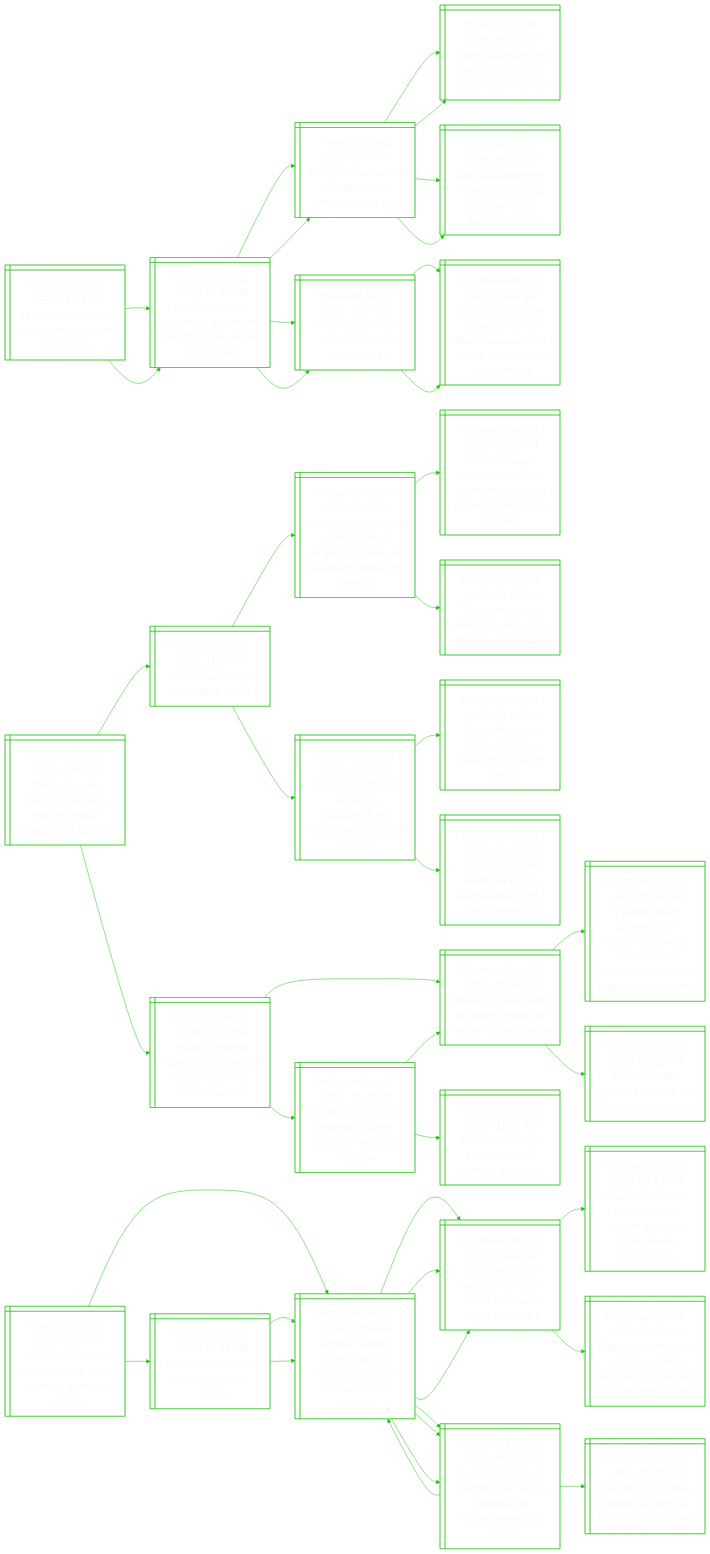
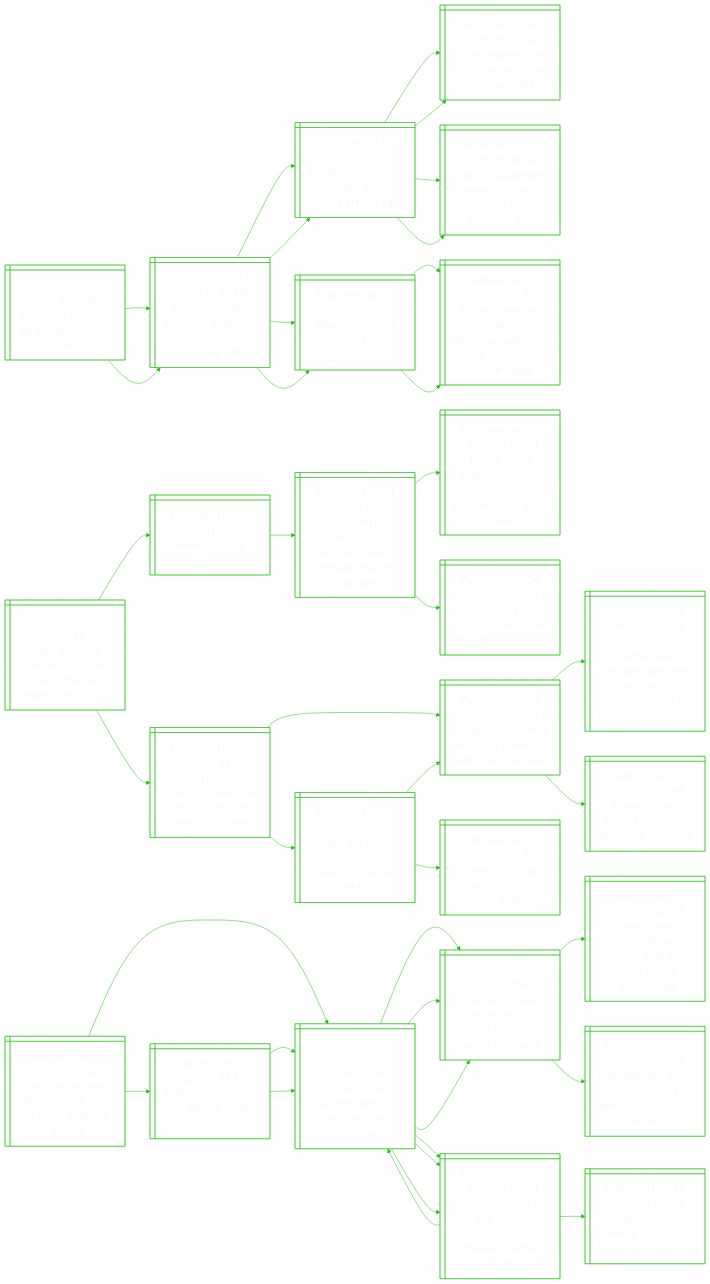
Before and after one commit to notJmes/notJmes: the diagram in README.md, drawn with Mermaid. The commit also changed other lines of this file, not shown here.

```diff
--- a/README.md
+++ b/README.md
@@ -66,12 +66,6 @@
 Nankai trough earthquake: not all evacuation towers in japan ready for major tsunami" }
 Tnbssogfeo@{ shape: win-pane, label: "_Published Dec 24, 2025, 02:12 PM_
 Taiwan celebrates christmas once again after 25 years. sort of" }
-Tnlmtauodrta@{ shape: win-pane, label: "_Published Dec 18, 2025, 07:55 PM_
-Taiwan rattled by 5.1-magnitude earthquake; no immediate reports of damage" }
-Jlmudreeetr@{ shape: win-pane, label: "_Published Dec 16, 2025, 12:14 PM_
-Japan lifts mega quake advisory a week after powerful tremor" }
-Tngaunsedrnd@{ shape: win-pane, label: "_Published Apr 03, 2024, 08:49 AM_
-Taiwan’s biggest earthquake in 25 years leaves 9 dead, hundreds injured" }
 Vgnyrtecafefl@{ shape: win-pane, label: "_Published Dec 28, 2025, 05:41 AM_
 Voting begins in myanmar’s restricted election after five years of civil war" }
 Matkicloeel@{ shape: win-pane, label: "_Published Dec 23, 2025, 02:25 PM_
@@ -91,9 +85,6 @@
 Tnlmtu:::txtsize --> Serwayiqneerde:::txtsize
 Serwayiqneerde:::txtsize --> Nigtkaaiwnnyasi:::txtsize
 Serwayiqneerde:::txtsize --> Tnbssogfeo:::txtsize
-Tnlmtu:::txtsize --> Tnlmtauodrta:::txtsize
-Tnlmtauodrta:::txtsize --> Jlmudreeetr:::txtsize
-Tnlmtauodrta:::txtsize --> Tngaunsedrnd:::txtsize
 WYresemhiD:::txtsize --> Vgnyrtecafefl:::txtsize
 Vgnyrtecafefl:::txtsize --> Matkicloeel:::txtsize
 Matkicloeel:::txtsize --> Maygwtaoatmnurutt:::txtsize
```
